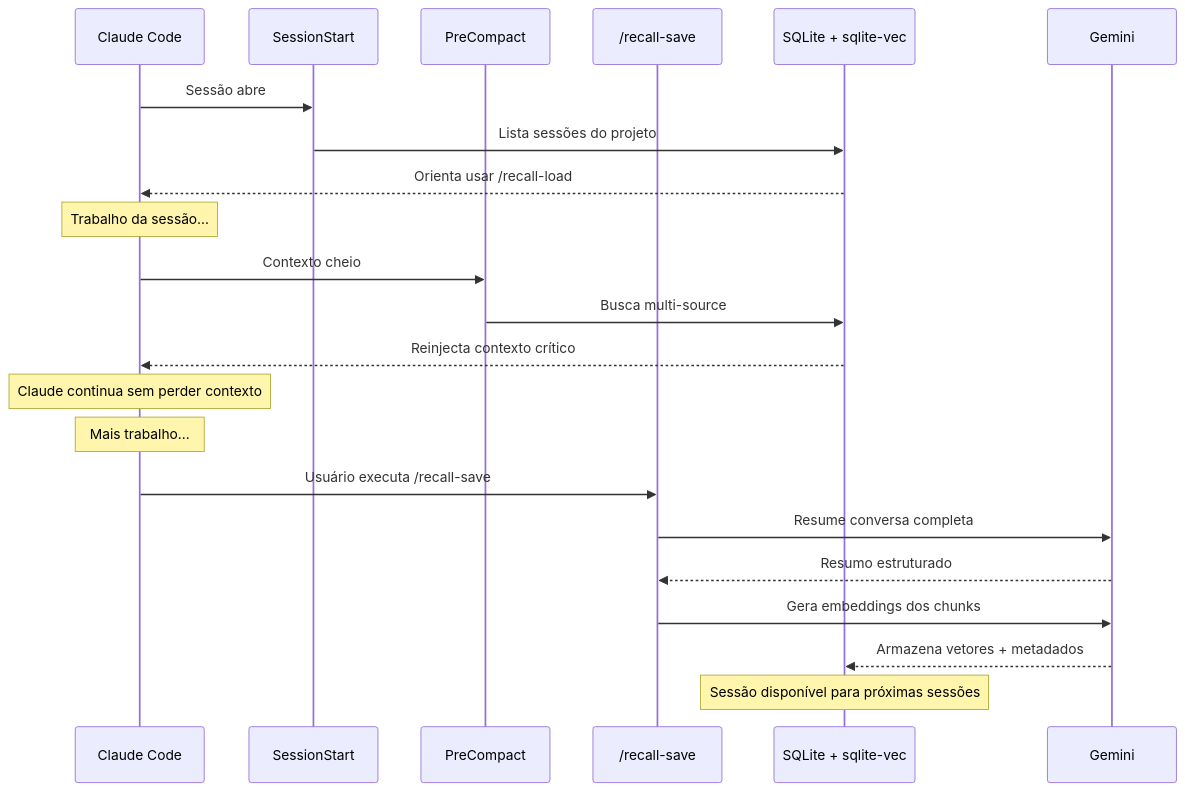
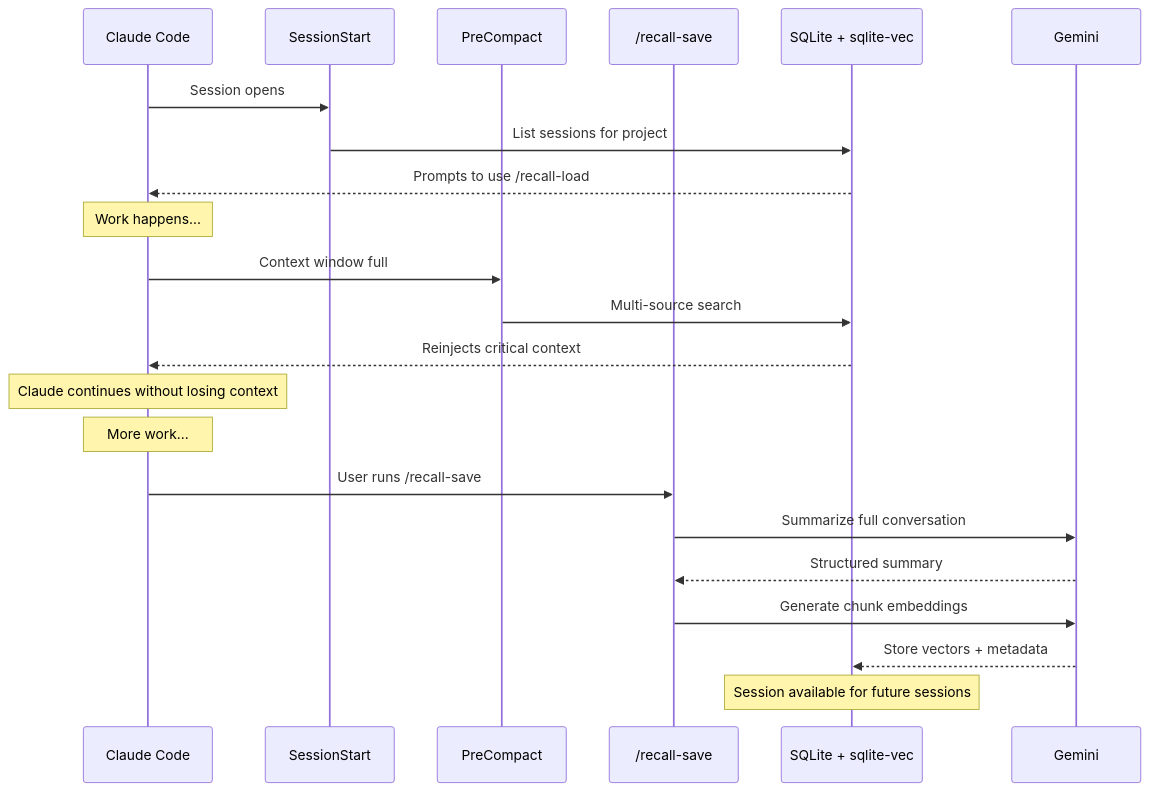
Before and after one commit to altvoratech/recall: the fifth of 5 diagrams in FLUXO-ATUAL.md, drawn with Mermaid. The commit also changed other lines of this file and 1 other file, not shown here.

````diff
--- a/FLUXO-ATUAL.md
+++ b/FLUXO-ATUAL.md
@@ -153,29 +178,29 @@
 ```mermaid
 sequenceDiagram
     participant CC as Claude Code
     participant SH as SessionStart
     participant PC as PreCompact
     participant RS as /recall-save
     participant DB as SQLite + sqlite-vec
     participant GEM as Gemini
 
-    CC->>SH: Sessão abre
-    SH->>DB: Lista sessões do projeto
-    DB-->>CC: Orienta usar /recall-load
+    CC->>SH: Session opens
+    SH->>DB: List sessions for project
+    DB-->>CC: Prompts to use /recall-load
 
-    Note over CC: Trabalho da sessão...
+    Note over CC: Work happens...
 
-    CC->>PC: Contexto cheio
-    PC->>DB: Busca multi-source
-    DB-->>CC: Reinjecta contexto crítico
-    Note over CC: Claude continua sem perder contexto
+    CC->>PC: Context window full
+    PC->>DB: Multi-source search
+    DB-->>CC: Reinjects critical context
+    Note over CC: Claude continues without losing context
 
-    Note over CC: Mais trabalho...
+    Note over CC: More work...
 
-    CC->>RS: Usuário executa /recall-save
-    RS->>GEM: Resume conversa completa
-    GEM-->>RS: Resumo estruturado
-    RS->>GEM: Gera embeddings dos chunks
-    GEM-->>DB: Armazena vetores + metadados
-    Note over DB: Sessão disponível para próximas sessões
+    CC->>RS: User runs /recall-save
+    RS->>GEM: Summarize full conversation
+    GEM-->>RS: Structured summary
+    RS->>GEM: Generate chunk embeddings
+    GEM-->>DB: Store vectors + metadata
+    Note over DB: Session available for future sessions
 ```
````
